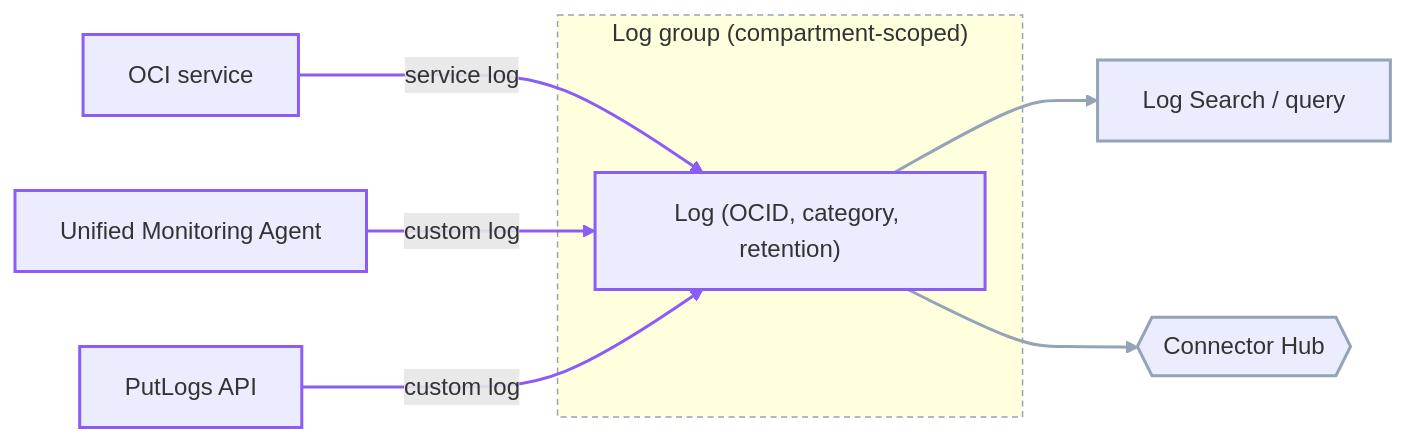
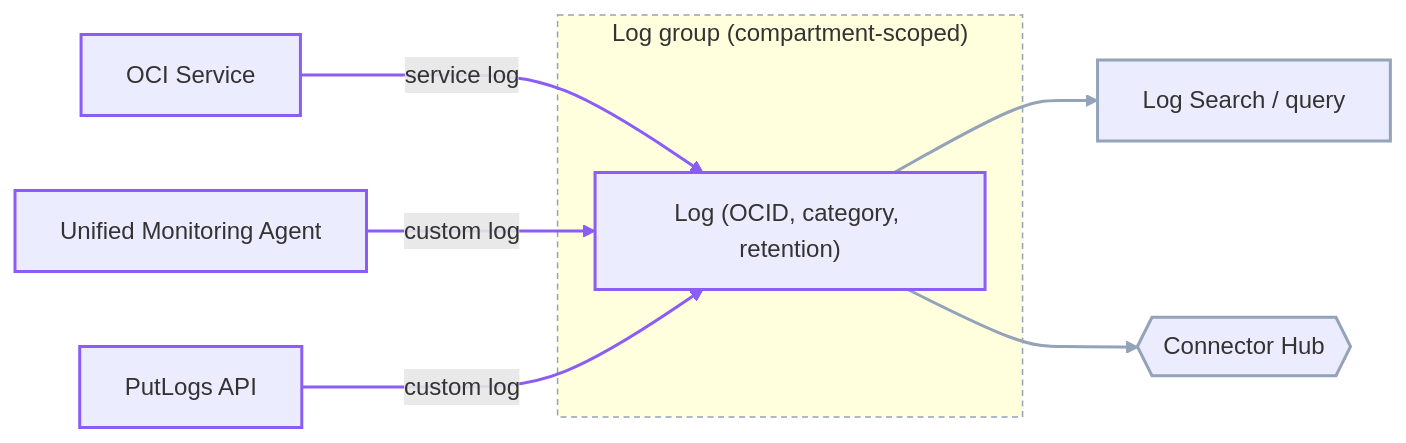
The first of 3 diagrams in 04-oracle/observability-professional/03-logging-service.md (leonlnj/engineering-gym), drawn with Mermaid before and after one commit. The commit also changed other lines of this file and 10 other files, not shown here.

````diff
--- a/04-oracle/observability-professional/03-logging-service.md
+++ b/04-oracle/observability-professional/03-logging-service.md
@@ -42,24 +40,24 @@
 ```mermaid
 flowchart LR
     subgraph DEF["Log group (compartment-scoped)"]
         LOG["Log (OCID, category, retention)"]
     end
 
-    SVC["OCI service"] -->|"service log"| LOG
+    SVC["OCI Service"] -->|"service log"| LOG
     AGT["Unified Monitoring Agent"] -->|"custom log"| LOG
     API["PutLogs API"] -->|"custom log"| LOG
 
     LOG --> SEARCH["Log Search / query"]
     LOG --> CH{{"Connector Hub"}}
 
     linkStyle 0,1,2 stroke:#8b5cf6,stroke-width:2px
     linkStyle 3,4 stroke:#94a3b8,stroke-width:2px
 
     style DEF stroke:#94a3b8,stroke-dasharray:4 3
     style LOG stroke:#8b5cf6,stroke-width:2px
     style SVC stroke:#8b5cf6,stroke-width:2px
     style AGT stroke:#8b5cf6,stroke-width:2px
     style API stroke:#8b5cf6,stroke-width:2px
     style SEARCH stroke:#94a3b8,stroke-width:2px
     style CH stroke:#94a3b8,stroke-width:2px
 ```
````
